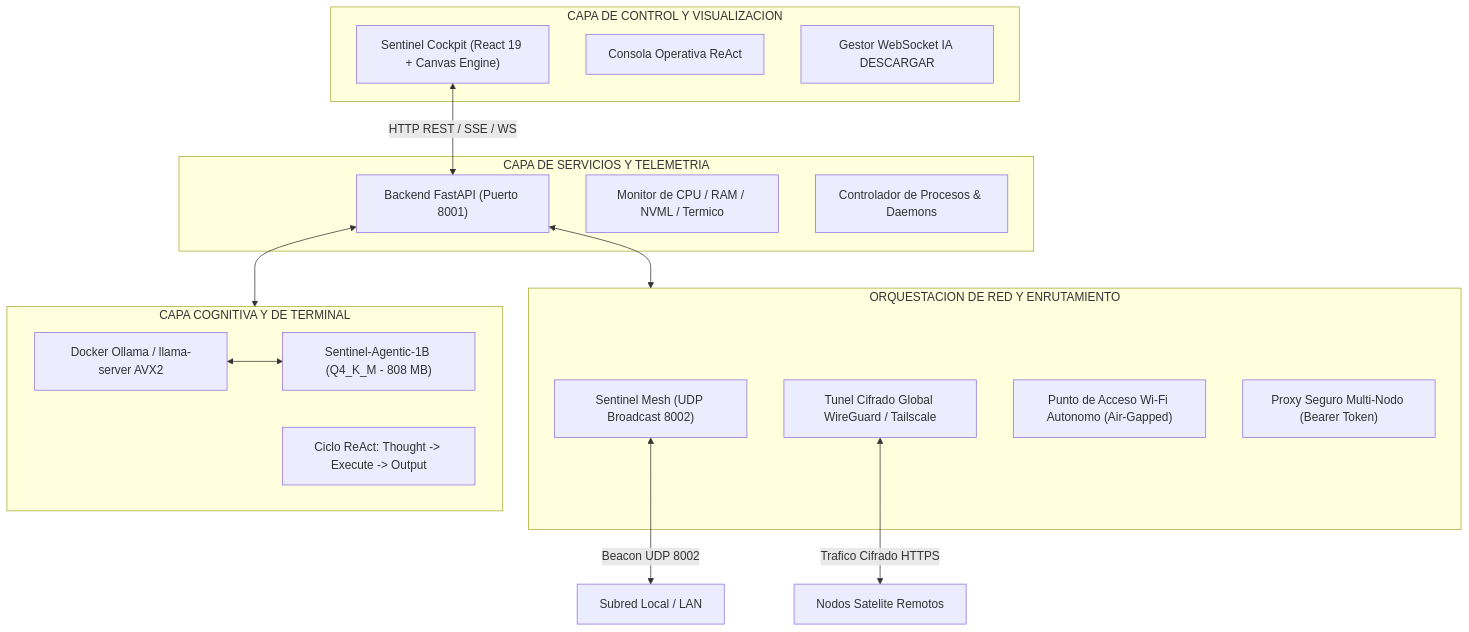
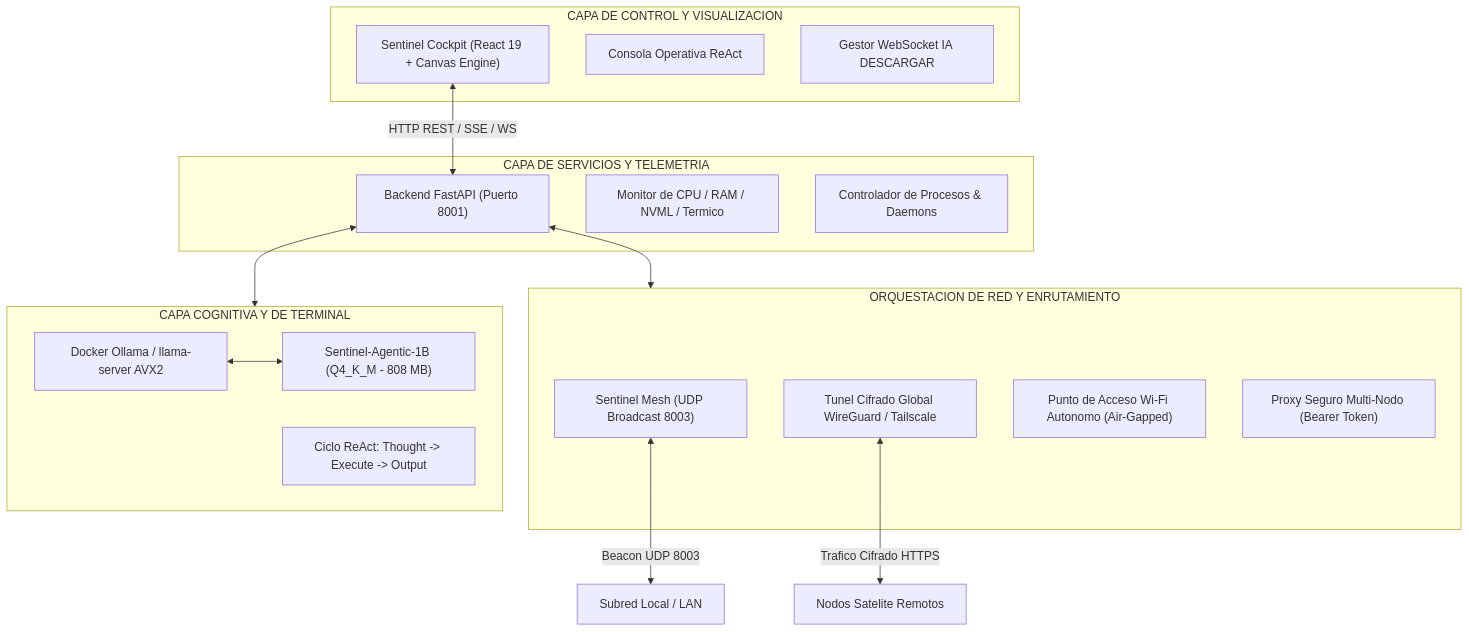
One commit to Maurisi0m/SentinelOS changed the first of 2 diagrams in README.md. Above: the diagram before and after it, drawn with Mermaid. The commit also changed other lines of this file and 4 other files, not shown here.

````diff
--- a/README.md
+++ b/README.md
@@ -46,34 +46,34 @@
 ```mermaid
 graph TB
     subgraph Capa_Visual ["CAPA DE CONTROL Y VISUALIZACION"]
         Cockpit["Sentinel Cockpit (React 19 + Canvas Engine)"]
         TerminalUI["Consola Operativa ReAct"]
         DownloaderUI["Gestor WebSocket IA DESCARGAR"]
     end
 
     subgraph Capa_Red ["ORQUESTACION DE RED Y ENRUTAMIENTO"]
-        MeshEngine["Sentinel Mesh (UDP Broadcast 8002)"]
+        MeshEngine["Sentinel Mesh (UDP Broadcast 8003)"]
         TailscaleTunnel["Tunel Cifrado Global WireGuard / Tailscale"]
         HotspotAP["Punto de Acceso Wi-Fi Autonomo (Air-Gapped)"]
         ProxyRouter["Proxy Seguro Multi-Nodo (Bearer Token)"]
     end
 
     subgraph Capa_Servicios ["CAPA DE SERVICIOS Y TELEMETRIA"]
         FastAPI["Backend FastAPI (Puerto 8001)"]
         MetricsCollector["Monitor de CPU / RAM / NVML / Termico"]
         ProcessEngine["Controlador de Procesos & Daemons"]
     end
 
     subgraph Capa_Cognitiva ["CAPA COGNITIVA Y DE TERMINAL"]
         OllamaEngine["Docker Ollama / llama-server AVX2"]
         ModelGGUF["Sentinel-Agentic-1B (Q4_K_M - 808 MB)"]
         ReActLoop["Ciclo ReAct: Thought -> Execute -> Output"]
     end
 
     Cockpit <-->|HTTP REST / SSE / WS| FastAPI
     FastAPI <--> Capa_Red
     FastAPI <--> Capa_Cognitiva
-    MeshEngine <-->|Beacon UDP 8002| RedLocal["Subred Local / LAN"]
+    MeshEngine <-->|Beacon UDP 8003| RedLocal["Subred Local / LAN"]
     TailscaleTunnel <-->|Trafico Cifrado HTTPS| NodosRemotos["Nodos Satelite Remotos"]
     OllamaEngine <--> ModelGGUF
 ```
````
